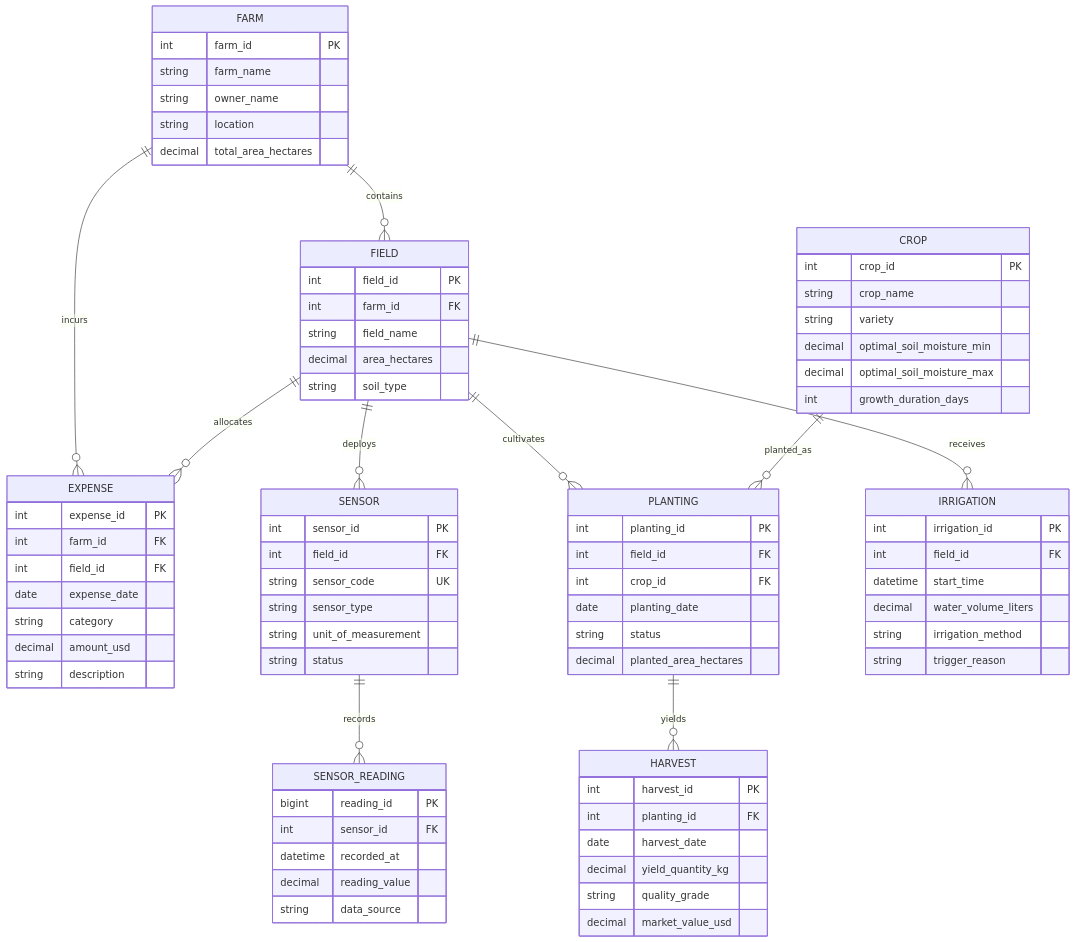
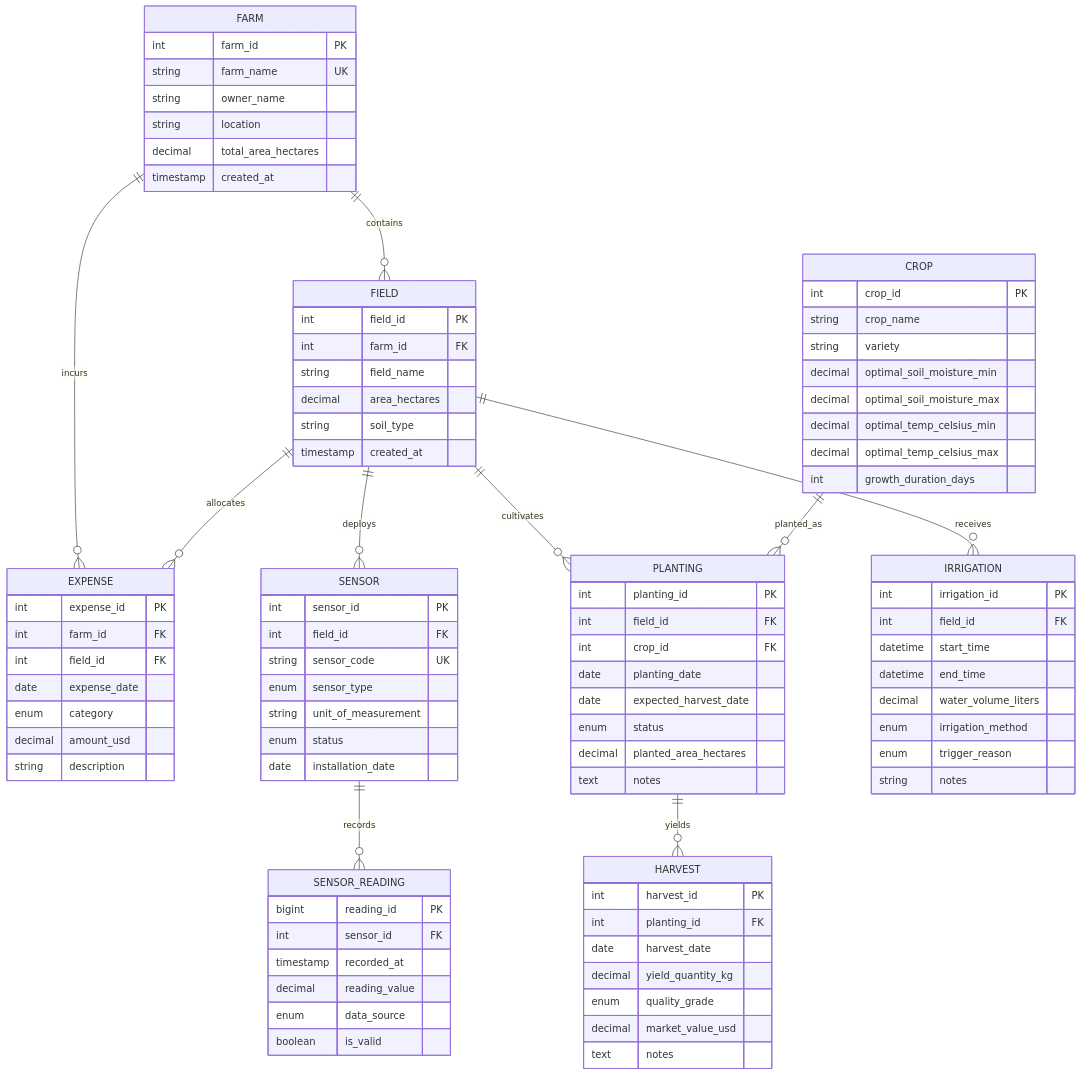
Before and after one commit to Rahul84825/DBMS: the second of 2 diagrams in README.md, drawn with Mermaid. The commit also changed other lines of this file, not shown here.

Commit message:
docs: complete comprehensive root README.md for Smart Farm DBMS project

```diff
--- a/README.md
+++ b/README.md
@@ -179,10 +211,11 @@
 
     FARM {
         int farm_id PK
-        string farm_name
+        string farm_name UK
         string owner_name
         string location
         decimal total_area_hectares
+        timestamp created_at
     }
 
     FIELD {
@@ -191,6 +224,7 @@
         string field_name
         decimal area_hectares
         string soil_type
+        timestamp created_at
     }
 
     CROP {
@@ -199,6 +233,8 @@
         string variety
         decimal optimal_soil_moisture_min
         decimal optimal_soil_moisture_max
+        decimal optimal_temp_celsius_min
+        decimal optimal_temp_celsius_max
         int growth_duration_days
     }
 
@@ -207,34 +243,40 @@
         int field_id FK
         int crop_id FK
         date planting_date
-        string status
+        date expected_harvest_date
+        enum status
         decimal planted_area_hectares
+        text notes
     }
 
     SENSOR {
         int sensor_id PK
         int field_id FK
         string sensor_code UK
-        string sensor_type
+        enum sensor_type
         string unit_of_measurement
-        string status
+        enum status
+        date installation_date
     }
 
     SENSOR_READING {
         bigint reading_id PK
         int sensor_id FK
-        datetime recorded_at
+        timestamp recorded_at
         decimal reading_value
-        string data_source
+        enum data_source
+        boolean is_valid
     }
 
     IRRIGATION {
         int irrigation_id PK
         int field_id FK
         datetime start_time
+        datetime end_time
         decimal water_volume_liters
-        string irrigation_method
-        string trigger_reason
+        enum irrigation_method
+        enum trigger_reason
+        string notes
     }
 
     HARVEST {
@@ -242,8 +284,9 @@
         int planting_id FK
         date harvest_date
         decimal yield_quantity_kg
-        string quality_grade
+        enum quality_grade
         decimal market_value_usd
+        text notes
     }
 
     EXPENSE {
@@ -251,7 +294,7 @@
         int farm_id FK
         int field_id FK
         date expense_date
-        string category
+        enum category
         decimal amount_usd
         string description
     }
```
